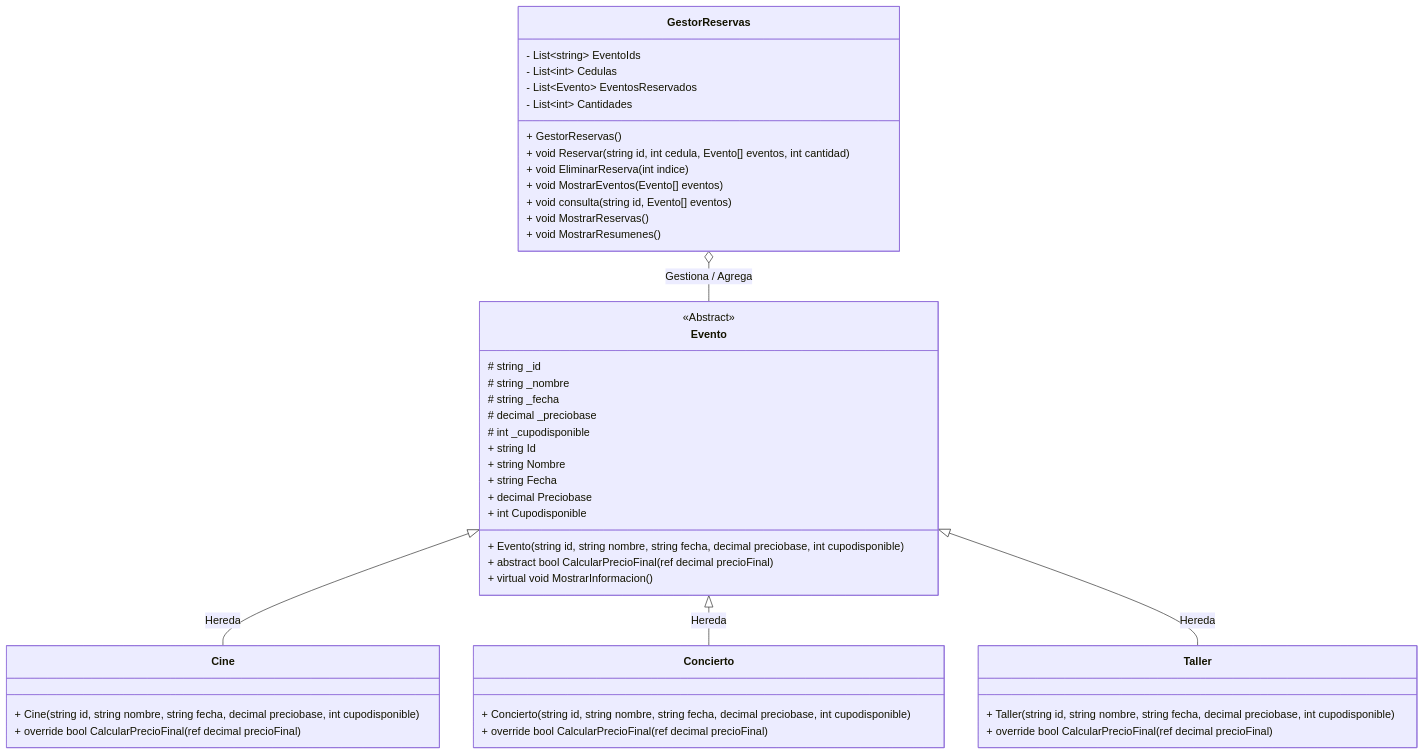
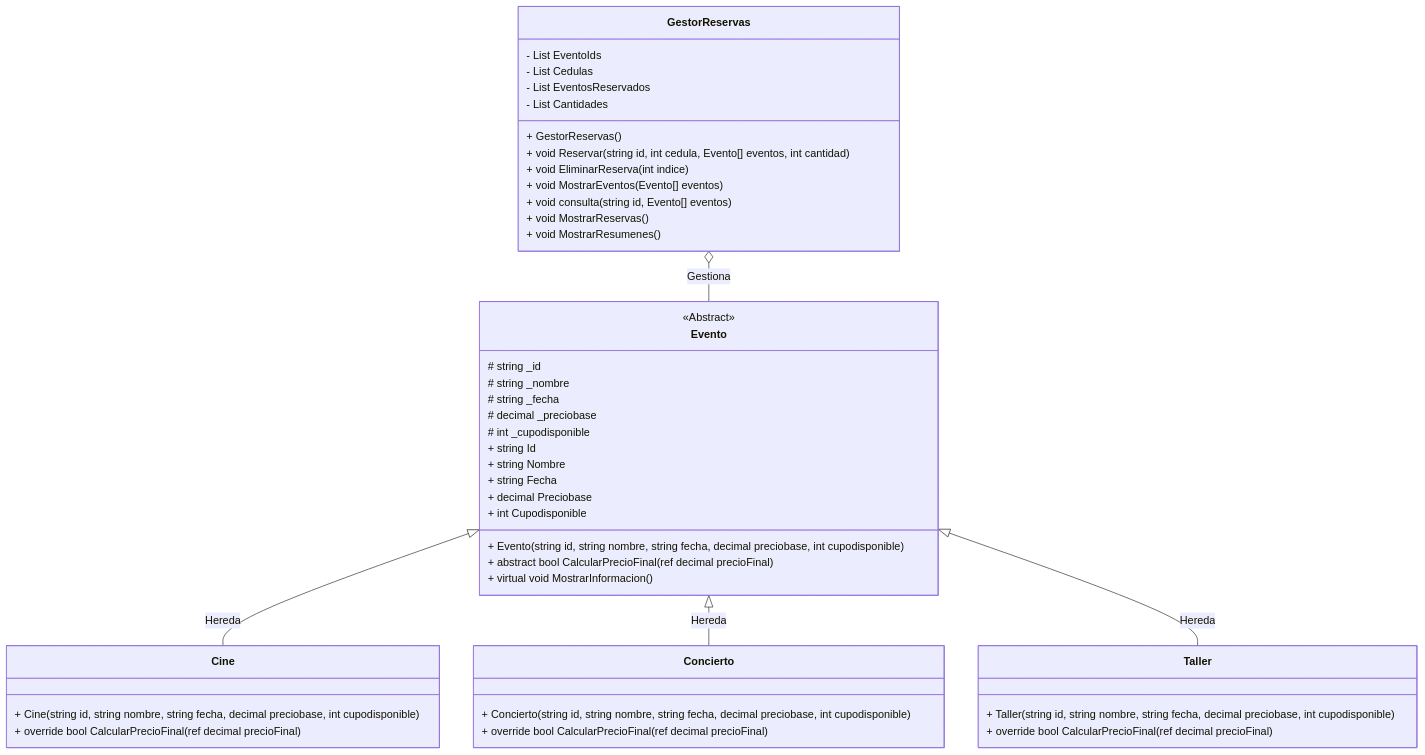
The diagram in README.md (MonkeyTROLLYT/PLANAZO-POO-CSharp), drawn with Mermaid before and after one commit.

````diff
--- a/README.md
+++ b/README.md
@@ -93,53 +93,53 @@
 ```mermaid
 classDiagram
     class Evento {
         <<Abstract>>
         # string _id
         # string _nombre
         # string _fecha
         # decimal _preciobase
         # int _cupodisponible
         + string Id
         + string Nombre
         + string Fecha
         + decimal Preciobase
         + int Cupodisponible
         + Evento(string id, string nombre, string fecha, decimal preciobase, int cupodisponible)
         + abstract bool CalcularPrecioFinal(ref decimal precioFinal)
         + virtual void MostrarInformacion()
     }
 
     class Cine {
         + Cine(string id, string nombre, string fecha, decimal preciobase, int cupodisponible)
         + override bool CalcularPrecioFinal(ref decimal precioFinal)
     }
 
     class Concierto {
         + Concierto(string id, string nombre, string fecha, decimal preciobase, int cupodisponible)
         + override bool CalcularPrecioFinal(ref decimal precioFinal)
     }
 
     class Taller {
         + Taller(string id, string nombre, string fecha, decimal preciobase, int cupodisponible)
         + override bool CalcularPrecioFinal(ref decimal precioFinal)
     }
 
     class GestorReservas {
-        - List~string~ EventoIds
-        - List~int~ Cedulas
-        - List~Evento~ EventosReservados
-        - List~int~ Cantidades
+        - List EventoIds
+        - List Cedulas
+        - List EventosReservados
+        - List Cantidades
         + GestorReservas()
         + void Reservar(string id, int cedula, Evento[] eventos, int cantidad)
         + void EliminarReserva(int indice)
         + void MostrarEventos(Evento[] eventos)
         + void consulta(string id, Evento[] eventos)
         + void MostrarReservas()
         + void MostrarResumenes()
     }
 
     Evento <|-- Cine : Hereda
     Evento <|-- Concierto : Hereda
     Evento <|-- Taller : Hereda
-    GestorReservas o-- Evento : Gestiona / Agrega
+    GestorReservas o-- Evento : Gestiona
 ```
````
